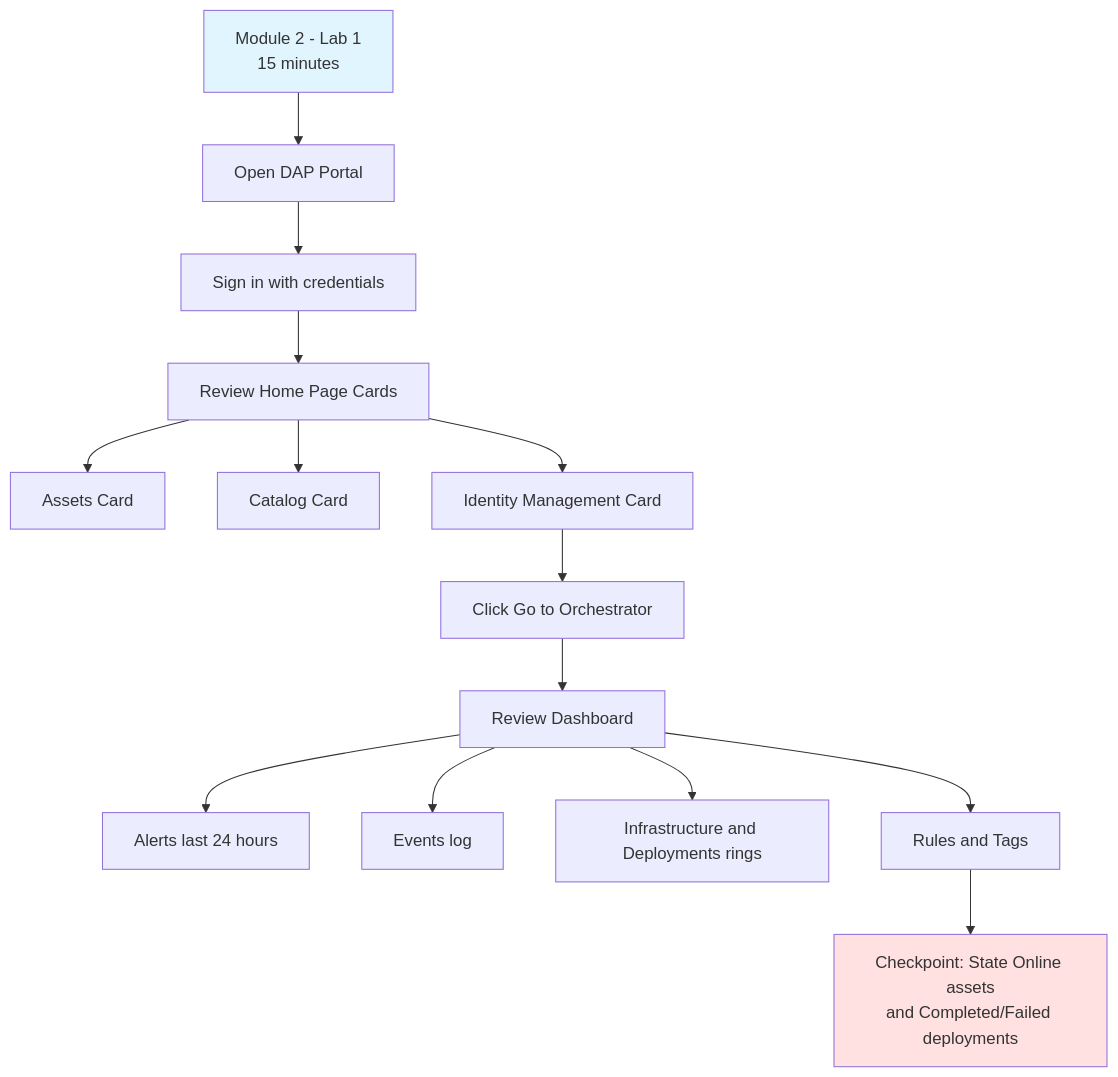
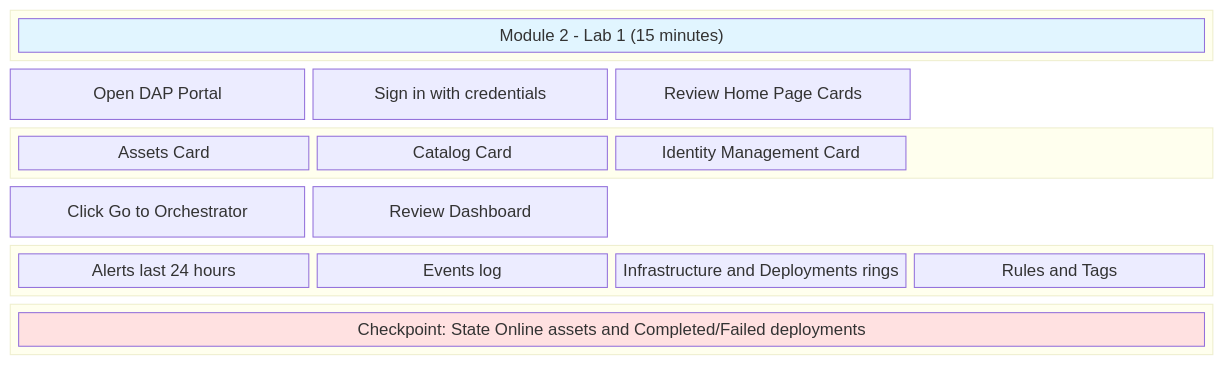
One commit to tme-tech-ops/take-it-for-a-spin-partner-training changed the diagram in docs/Instructor_Screen_Flow/slide_02_module2_lab1.mmd. Above: the diagram before and after it, drawn with Mermaid. The commit also changed 6 other files, not shown here.

First line of the commit message:
Convert diagrams from flowchart to block/grid layout

```diff
--- a/docs/Instructor_Screen_Flow/slide_02_module2_lab1.mmd
+++ b/docs/Instructor_Screen_Flow/slide_02_module2_lab1.mmd
@@ -1,17 +1,36 @@
-flowchart TD
-    A[Module 2 - Lab 1<br/>15 minutes] --> B[Open DAP Portal]
-    B --> C[Sign in with credentials]
-    C --> D[Review Home Page Cards]
-    D --> E[Assets Card]
-    D --> F[Catalog Card]
-    D --> G[Identity Management Card]
-    G --> H[Click Go to Orchestrator]
-    H --> I[Review Dashboard]
-    I --> J[Alerts last 24 hours]
-    I --> K[Events log]
-    I --> L[Infrastructure and Deployments rings]
-    I --> M[Rules and Tags]
-    M --> N[Checkpoint: State Online assets<br/>and Completed/Failed deployments]
+block-beta
+    columns 4
+    
+    block:header:4
+        A["Module 2 - Lab 1 (15 minutes)"]
+    end
+    
+    B["Open DAP Portal"]
+    C["Sign in with credentials"]
+    D["Review Home Page Cards"]
+    space
+    
+    block:cards:4
+        E["Assets Card"]
+        F["Catalog Card"]
+        G["Identity Management Card"]
+        space
+    end
+    
+    H["Click Go to Orchestrator"]
+    I["Review Dashboard"]
+    space:2
+    
+    block:dashboard:4
+        J["Alerts last 24 hours"]
+        K["Events log"]
+        L["Infrastructure and Deployments rings"]
+        M["Rules and Tags"]
+    end
+    
+    block:checkpoint:4
+        N["Checkpoint: State Online assets and Completed/Failed deployments"]
+    end
 
     style A fill:#e1f5ff
     style N fill:#ffe1e1
```
